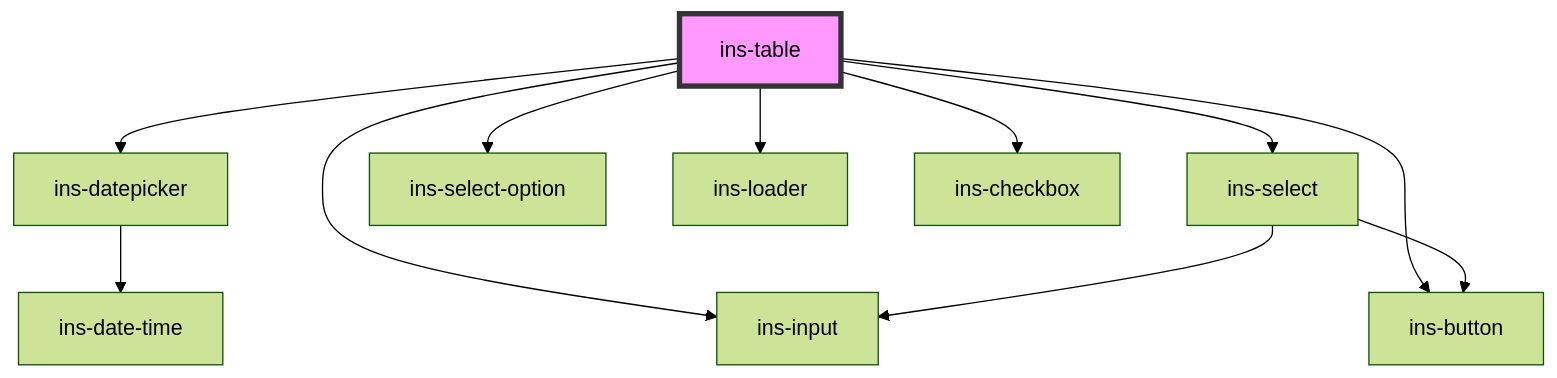
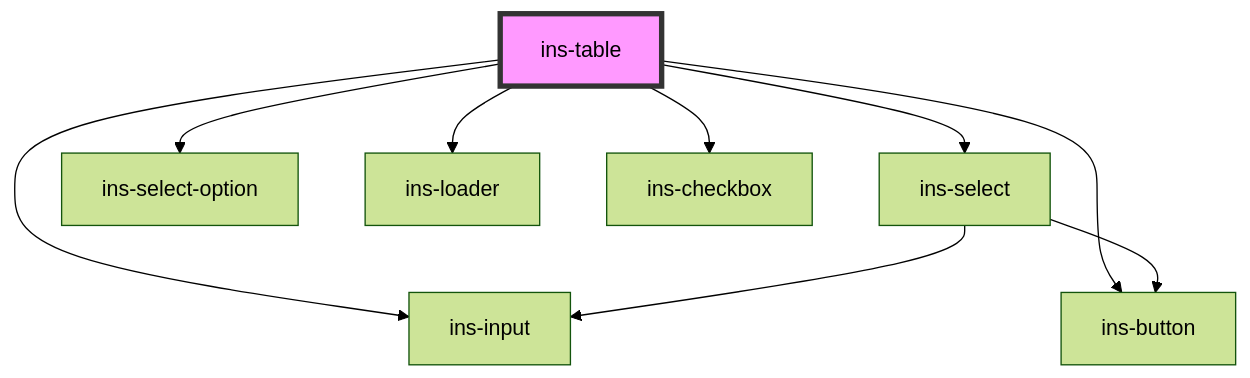
One commit to insites-io/insites-components-v2 changed the diagram in components/src/components/ins-table/readme.md. Above: the diagram before and after it, drawn with Mermaid (forest theme). The commit also changed other lines of this file and 81 other files, not shown here.

````diff
--- a/components/src/components/ins-table/readme.md
+++ b/components/src/components/ins-table/readme.md
@@ -103,14 +102,12 @@
 ```mermaid
 graph TD;
-  ins-table --> ins-datepicker
   ins-table --> ins-select
   ins-table --> ins-select-option
   ins-table --> ins-input
   ins-table --> ins-loader
   ins-table --> ins-checkbox
   ins-table --> ins-button
-  ins-datepicker --> ins-date-time
   ins-select --> ins-input
   ins-select --> ins-button
   style ins-table fill:#f9f,stroke:#333,stroke-width:4px
 ```
````
